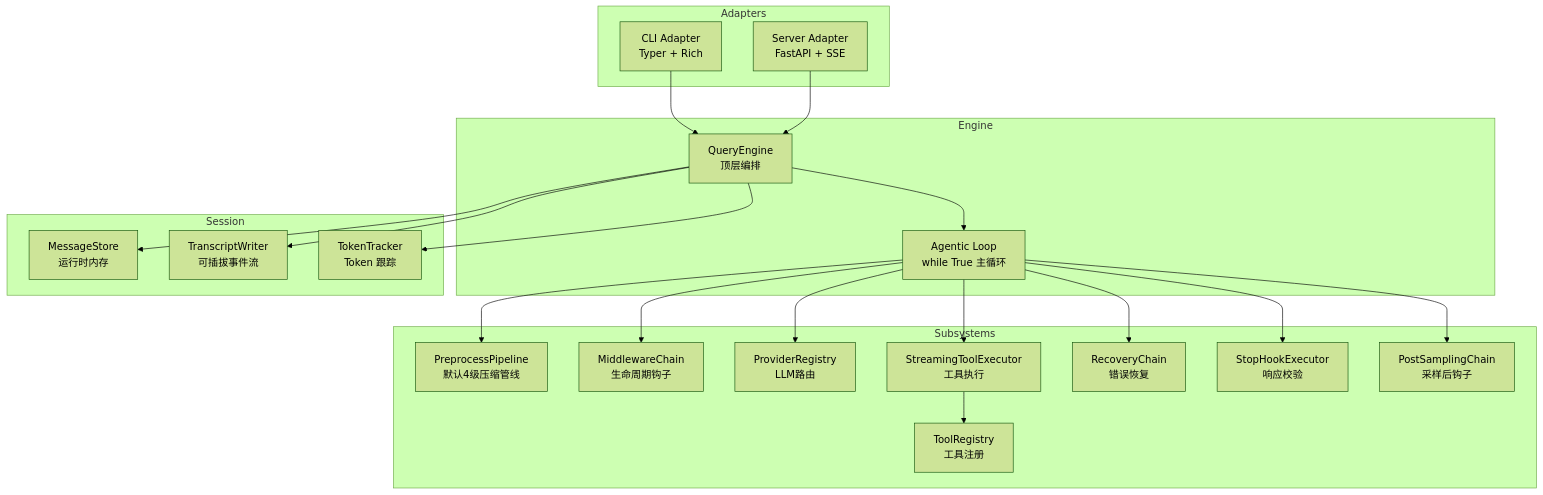
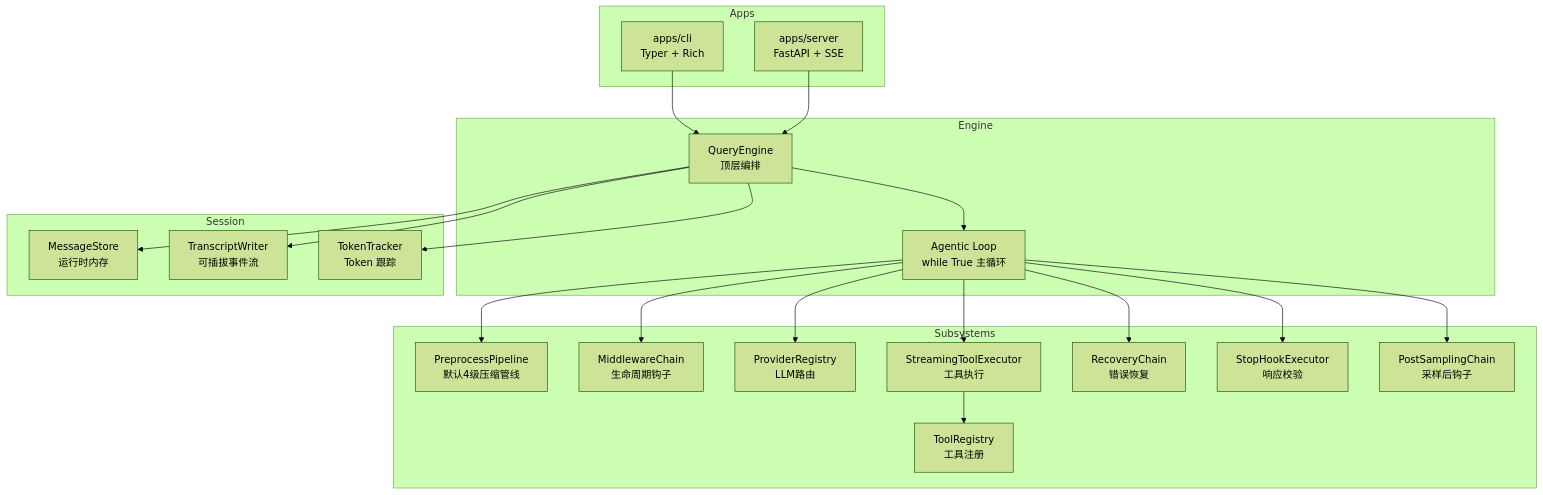
One commit to DawnOf1996/nono-agent changed the first of 6 diagrams in docs/NonoAgent-Architecture.md. Above: the diagram before and after it, drawn with Mermaid (forest theme). The commit also changed other lines of this file and 64 other files, not shown here.

First line of the commit message:
refactor(cli,server)!: 将 CLI 与 Server 适配层迁出引擎包

````diff
--- a/docs/NonoAgent-Architecture.md
+++ b/docs/NonoAgent-Architecture.md
@@ -194,44 +199,44 @@
 ```mermaid
 graph TB
-    subgraph Adapters
-        CLI[CLI Adapter<br/>Typer + Rich]
-        Server[Server Adapter<br/>FastAPI + SSE]
+    subgraph Apps
+        CLI[apps/cli<br/>Typer + Rich]
+        Server[apps/server<br/>FastAPI + SSE]
     end
 
     subgraph Engine
         QE[QueryEngine<br/>顶层编排]
         AL[Agentic Loop<br/>while True 主循环]
     end
 
     subgraph Subsystems
         PP[PreprocessPipeline<br/>默认4级压缩管线]
         MW[MiddlewareChain<br/>生命周期钩子]
         PR[ProviderRegistry<br/>LLM路由]
         TR[ToolRegistry<br/>工具注册]
         TE[StreamingToolExecutor<br/>工具执行]
         RC[RecoveryChain<br/>错误恢复]
         SH[StopHookExecutor<br/>响应校验]
         PS[PostSamplingChain<br/>采样后钩子]
     end
 
     subgraph Session
         MS[MessageStore<br/>运行时内存]
         TW[TranscriptWriter<br/>可插拔事件流]
         TT[TokenTracker<br/>Token 跟踪]
     end
 
     CLI --> QE
     Server --> QE
     QE --> AL
     AL --> PP
     AL --> MW
     AL --> PR
     AL --> TE
     AL --> RC
     AL --> SH
     AL --> PS
     TE --> TR
     QE --> MS
     QE --> TW
     QE --> TT
 ```
````
